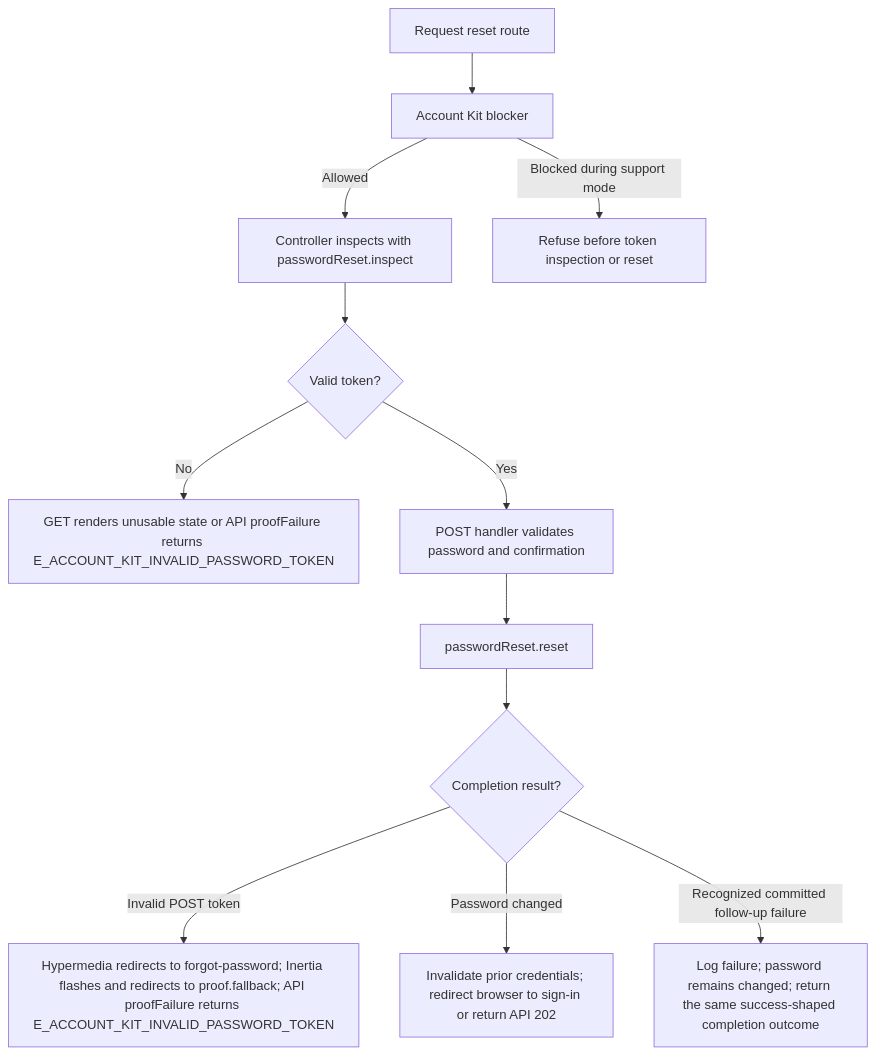
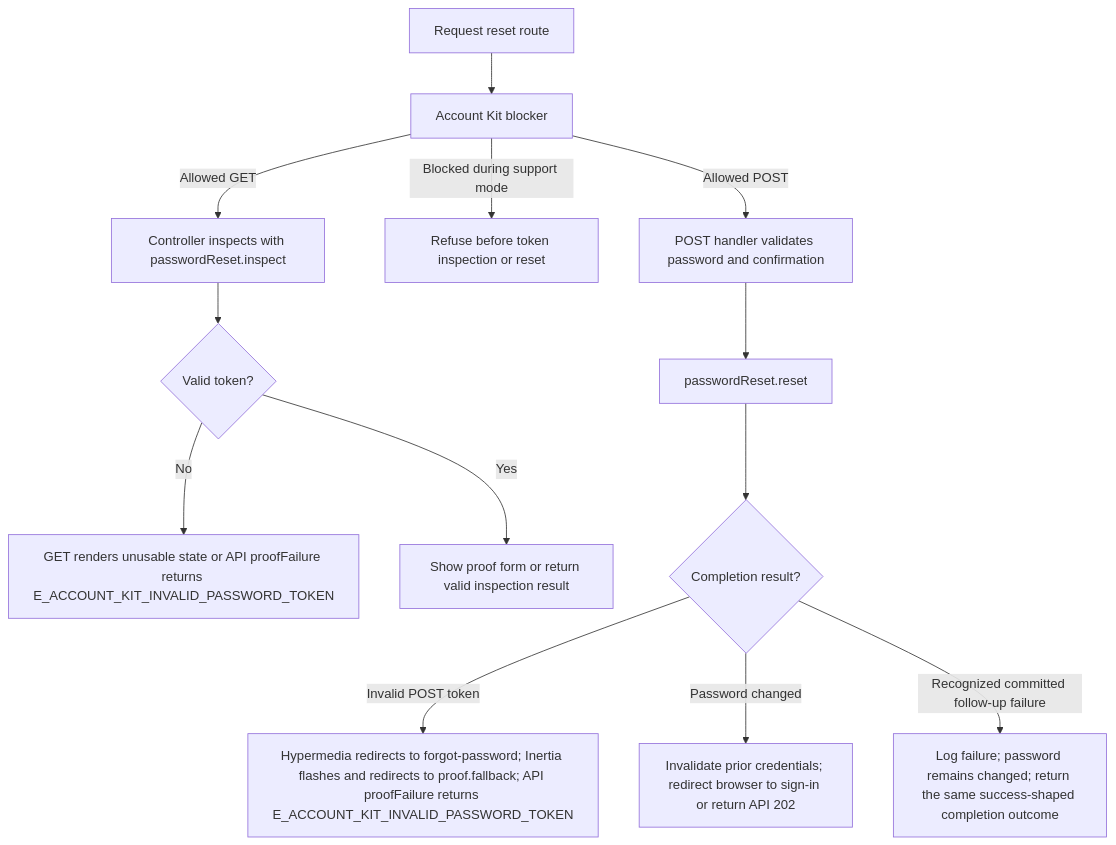
Before and after one commit to Kevinjohn/oss-adonisjs-starter-examples: the second of 2 diagrams in user-stories/accounts/us-account-09-complete-password-reset.md, drawn with Mermaid. The commit also changed 29 other files, not shown here.

````diff
--- a/user-stories/accounts/us-account-09-complete-password-reset.md
+++ b/user-stories/accounts/us-account-09-complete-password-reset.md
@@ -51,14 +51,15 @@
 ```mermaid
 flowchart TD
     A["Request reset route"] --> Z["Account Kit blocker"]
-    Z -->|Allowed| B["Controller inspects with passwordReset.inspect"]
+    Z -->|Allowed GET| B["Controller inspects with passwordReset.inspect"]
     Z -->|Blocked during support mode| Z1["Refuse before token inspection or reset"]
     B --> C{"Valid token?"}
     C -->|No| D["GET renders unusable state or API proofFailure returns E_ACCOUNT_KIT_INVALID_PASSWORD_TOKEN"]
-    C -->|Yes| E["POST handler validates password and confirmation"]
+    C -->|Yes| V["Show proof form or return valid inspection result"]
+    Z -->|Allowed POST| E["POST handler validates password and confirmation"]
     E --> F["passwordReset.reset"]
     F --> G{"Completion result?"}
     G -->|Invalid POST token| J["Hypermedia redirects to forgot-password; Inertia flashes and redirects to proof.fallback; API proofFailure returns E_ACCOUNT_KIT_INVALID_PASSWORD_TOKEN"]
     G -->|Password changed| H["Invalidate prior credentials; redirect browser to sign-in or return API 202"]
     G -->|Recognized committed follow-up failure| I["Log failure; password remains changed; return the same success-shaped completion outcome"]
 ```
````
